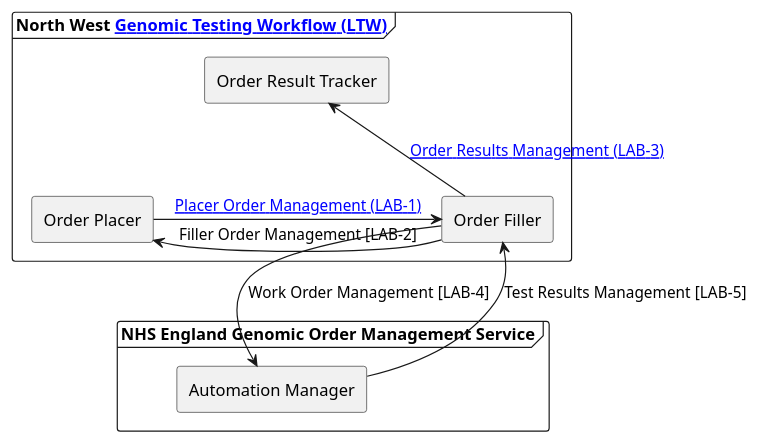
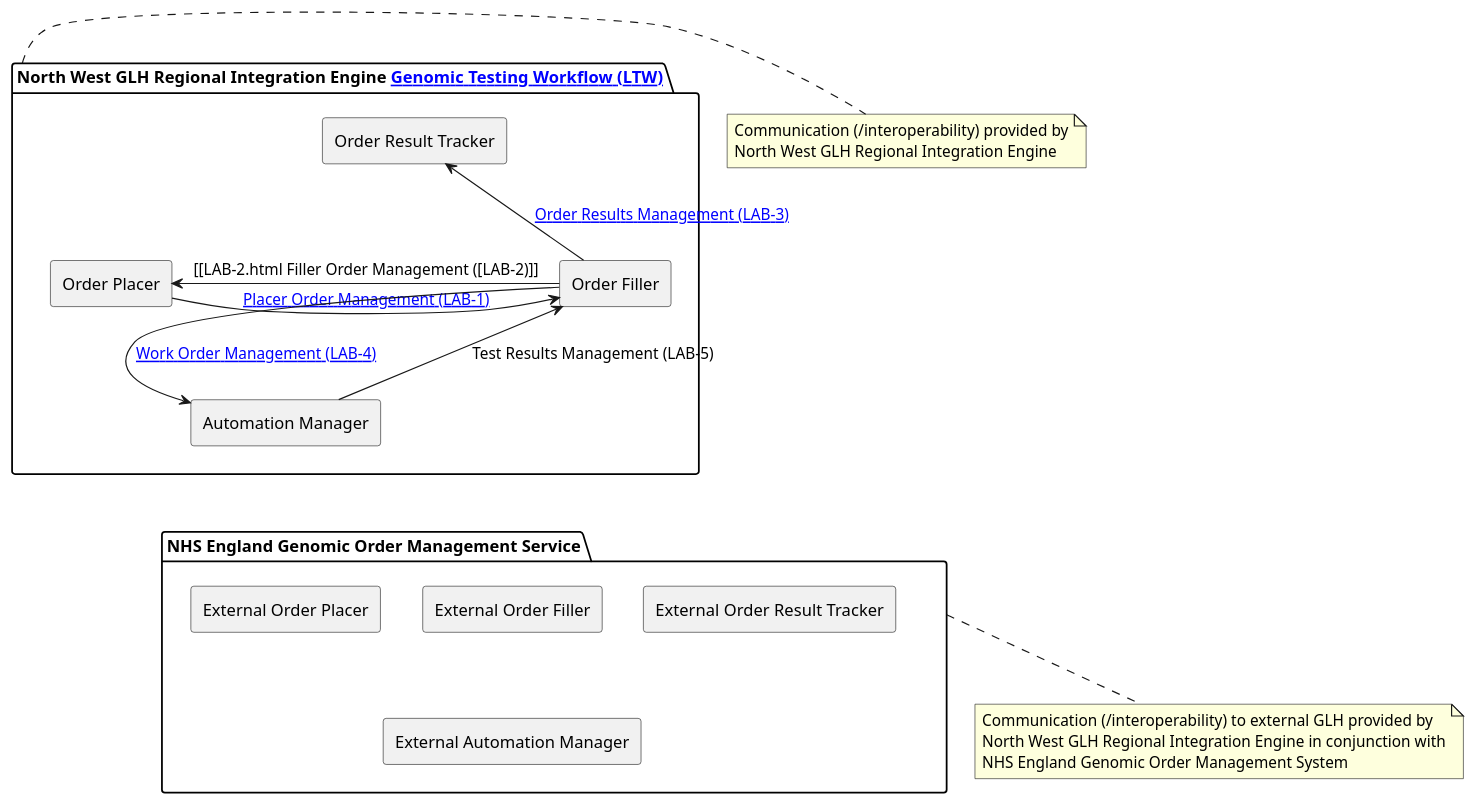
Before and after one commit to nw-gmsa/nw-gmsa.github.com: the diagram in input/images-source/RIE-component.plantuml, drawn with PlantUML. The commit also changed 3 other files, not shown here.

```diff
--- a/input/images-source/RIE-component.plantuml
+++ b/input/images-source/RIE-component.plantuml
@@ -1,19 +1,36 @@
 @startuml
 
 
-frame "North West [[LTW.html Genomic Testing Workflow (LTW)]]" as NW {
+package "North West GLH Regional Integration Engine [[LTW.html Genomic Testing Workflow (LTW)]]" as NW {
   agent "Order Placer" as Placer
   agent "Order Filler" as Filler
   agent "Order Result Tracker" as Tracker
-}
-frame "NHS England Genomic Order Management Service" as  NHSE {
   agent "Automation Manager" as Manager
 }
+note right of NW
+Communication (/interoperability) provided by
+North West GLH Regional Integration Engine
+end note
+
+package "NHS England Genomic Order Management Service" as  NHSE {
+  agent "External Order Placer" as xPlacer
+  agent "External Order Filler" as xFiller
+  agent "External Order Result Tracker" as xTracker
+  agent "External Automation Manager" as xManager
+}
 Placer -r-> Filler: [[LAB-1.html Placer Order Management (LAB-1)]]
-Filler -l-> Placer: Filler Order Management [LAB-2]
+Filler -l-> Placer: [[LAB-2.html Filler Order Management ([LAB-2)]]
 
 Filler -u-> Tracker: [[LAB-3.html Order Results Management (LAB-3)]]
-Filler -d-> Manager: Work Order Management [LAB-4]
-Manager -u-> Filler: Test Results Management [LAB-5]
+Filler -d-> Manager: [[LAB-4 Work Order Management (LAB-4)]]
+Manager -u-> Filler: Test Results Management (LAB-5)
+note bottom of NHSE
+Communication (/interoperability) to external GLH provided by
+North West GLH Regional Integration Engine in conjunction with
+NHS England Genomic Order Management System
+end note
+
+
+Manager -d[hidden]- xPlacer
 
 @enduml
```
